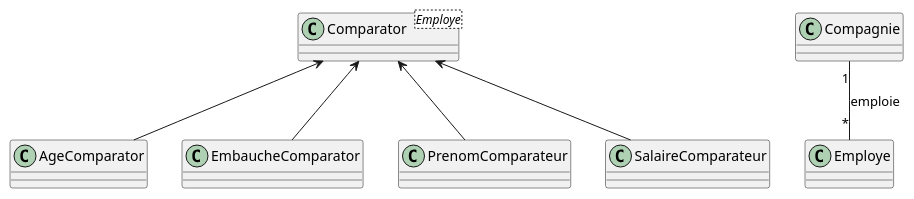
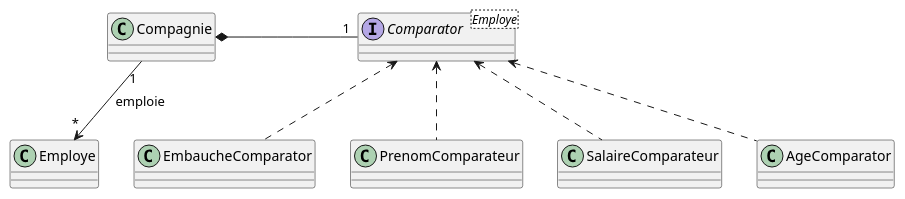
One commit to yvanross/LOG121-GOF-exemples changed the diagram in log121/src/main/java/PatronStrategie/Comparator/class.plantuml. Above: the diagram before and after it, drawn with PlantUML. The commit also changed 2 other files, not shown here.

Commit message:
update PatronStrategy.comparator documentation

```diff
--- a/log121/src/main/java/PatronStrategie/Comparator/class.plantuml
+++ b/log121/src/main/java/PatronStrategie/Comparator/class.plantuml
@@ -1,17 +1,18 @@
 @startuml
 
 class AgeComparator{}
 class Compagnie{}
 Class EmbaucheComparator{}
 Class Employe{}
 Class PrenomComparateur{}
 Class SalaireComparateur{}
-class Comparator<Employe>{}
+Interface Comparator<Employe>{}
 
-AgeComparator -up-> Comparator
-EmbaucheComparator -up-> Comparator
-PrenomComparateur -up-> Comparator
-SalaireComparateur -up-> Comparator
-Compagnie "1" -- "*" Employe : emploie
+AgeComparator .up-> Comparator
+EmbaucheComparator .up-> Comparator
+PrenomComparateur .up-> Comparator
+SalaireComparateur .up-> Comparator
+Compagnie "1" --> "*" Employe : emploie
+Compagnie  *-right- "1" Comparator
 
 @enduml
```
